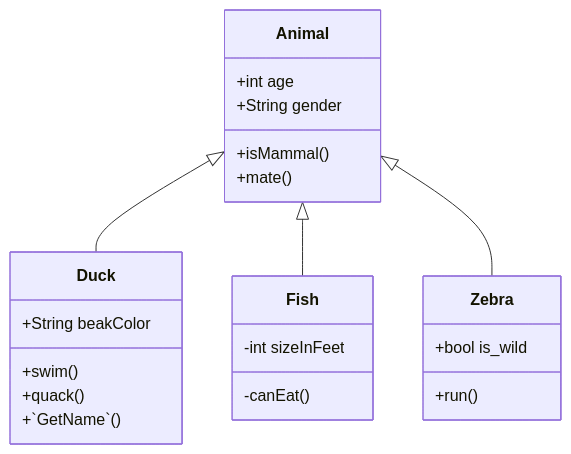
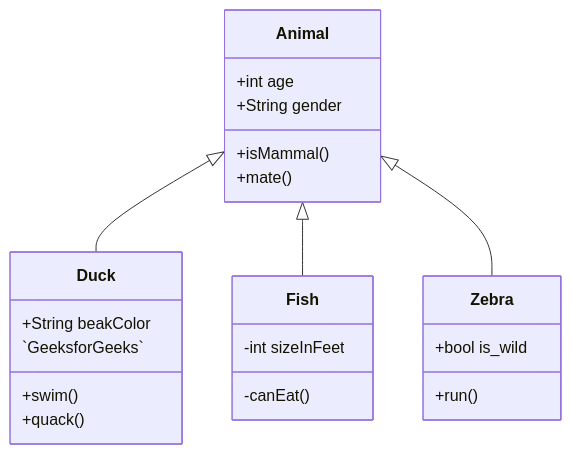
One commit to eran-swimm/t1 changed the diagram in .swm/mermaid-broken.xpeiaav8.sw.md. Above: the diagram before and after it, drawn with Mermaid. The commit also changed other lines of this file, not shown here.

Commit message:
docs(swimm): update doc: "mermaid broken"

````diff
--- a/.swm/mermaid-broken.xpeiaav8.sw.md
+++ b/.swm/mermaid-broken.xpeiaav8.sw.md
@@ -9,27 +9,25 @@
 ```mermaid
 classDiagram
 Animal <|-- Duck
 Animal <|-- Fish
 Animal <|-- Zebra
 Animal : +int age
 Animal : +String gender
 Animal: +isMammal()
 Animal: +mate()
 class Duck{
 +String beakColor
 +swim()
 +quack()
-
-+`GetName`()
+`GeeksforGeeks`
 }
 class Fish{
 \-int sizeInFeet
 \-canEat()
 }
 class Zebra{
 +bool is\_wild
 +run()
 }
 
-
 ```
````
